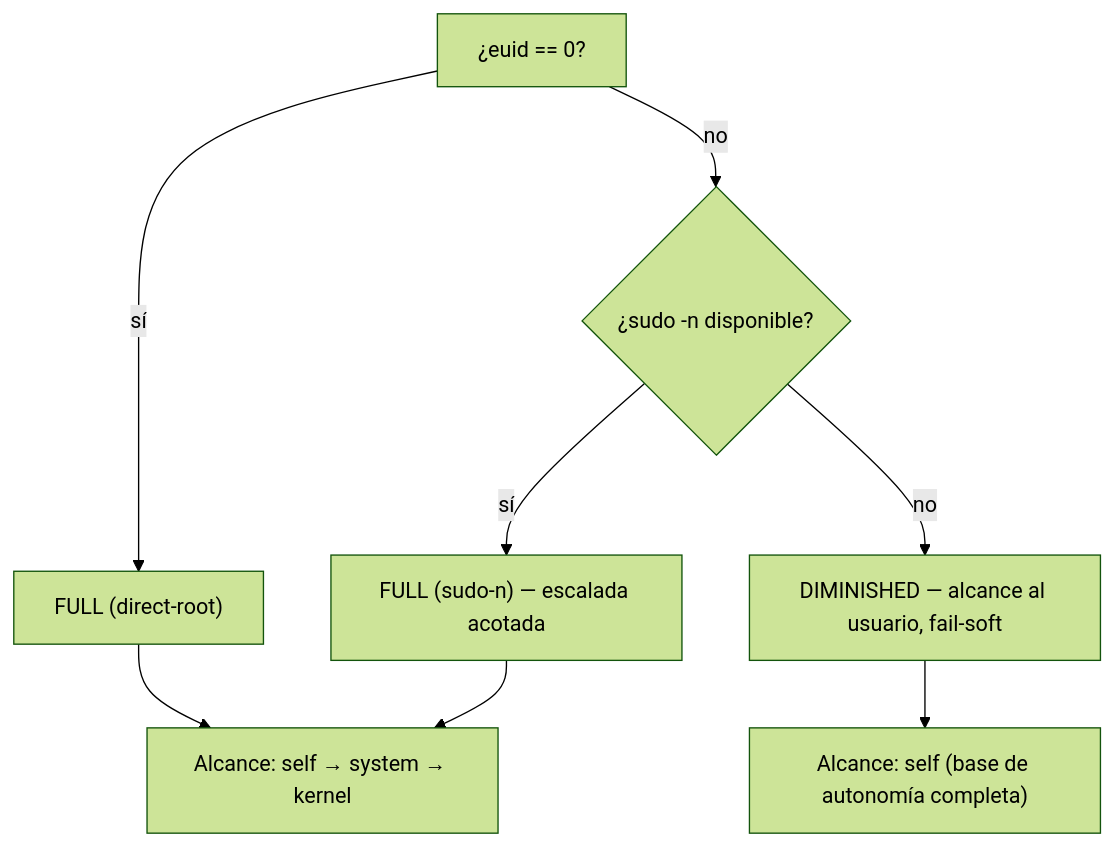
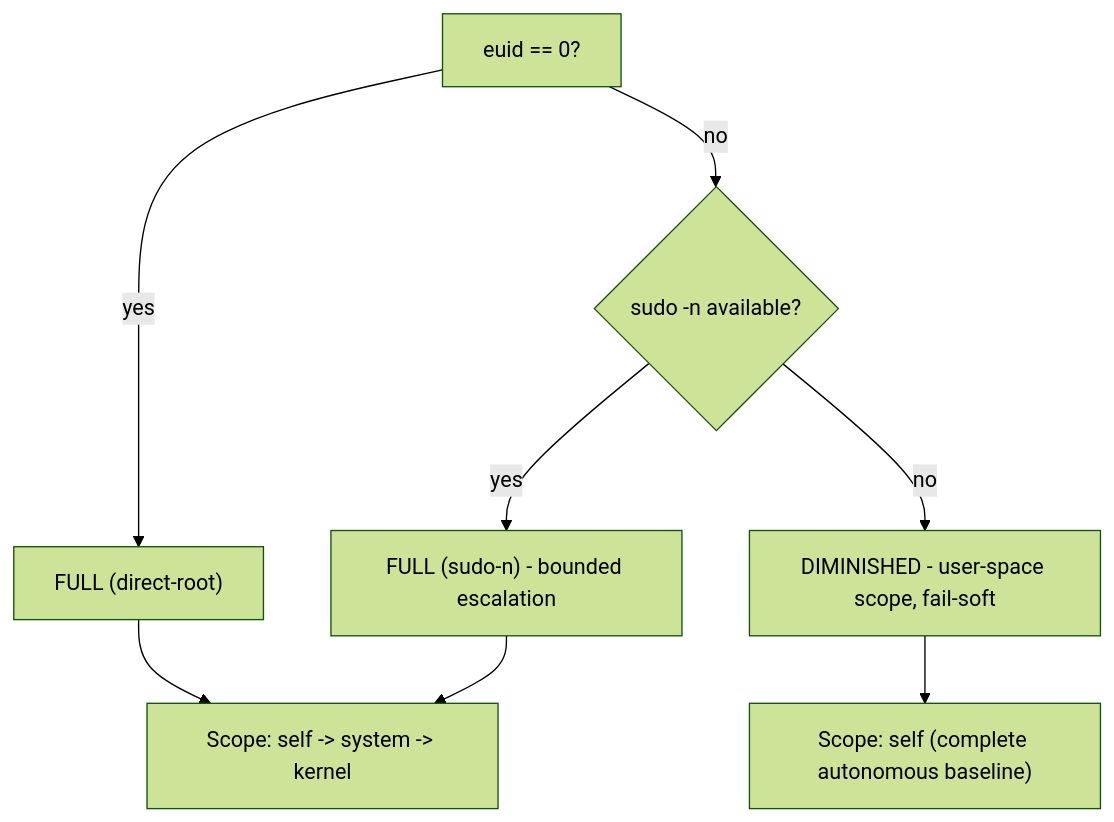
One commit to ancrz/agent-execution-plane changed diagram 12 of 16 in README.md. Above: the diagram before and after it, drawn with Mermaid (forest theme). The commit also changed other lines of this file, not shown here.

Commit message:
docs(readme): translate entire specification to English and fix Mermaid diagram syntax errors

````diff
--- a/README.md
+++ b/README.md
@@ -775,9 +727,9 @@
 ```mermaid
 flowchart TD
-    Start["¿euid == 0?"] -->|sí| Full["FULL (direct-root)"]
-    Start -->|no| Sudo{"¿sudo -n disponible?"}
-    Sudo -->|sí| FullE["FULL (sudo-n) — escalada acotada"]
-    Sudo -->|no| Dim["DIMINISHED — alcance al usuario, fail-soft"]
-    Full & FullE --> Scope["Alcance: self → system → kernel"]
-    Dim --> ScopeD["Alcance: self (base de autonomía completa)"]
+    Start["euid == 0?"] -->|yes| Full["FULL (direct-root)"]
+    Start -->|no| Sudo{"sudo -n available?"}
+    Sudo -->|yes| FullE["FULL (sudo-n) - bounded escalation"]
+    Sudo -->|no| Dim["DIMINISHED - user-space scope, fail-soft"]
+    Full & FullE --> Scope["Scope: self -> system -> kernel"]
+    Dim --> ScopeD["Scope: self (complete autonomous baseline)"]
 ```
````
